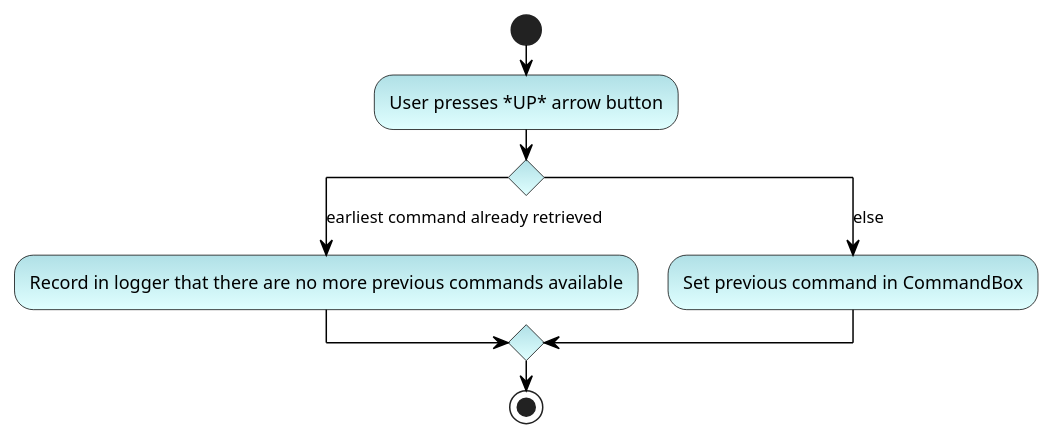
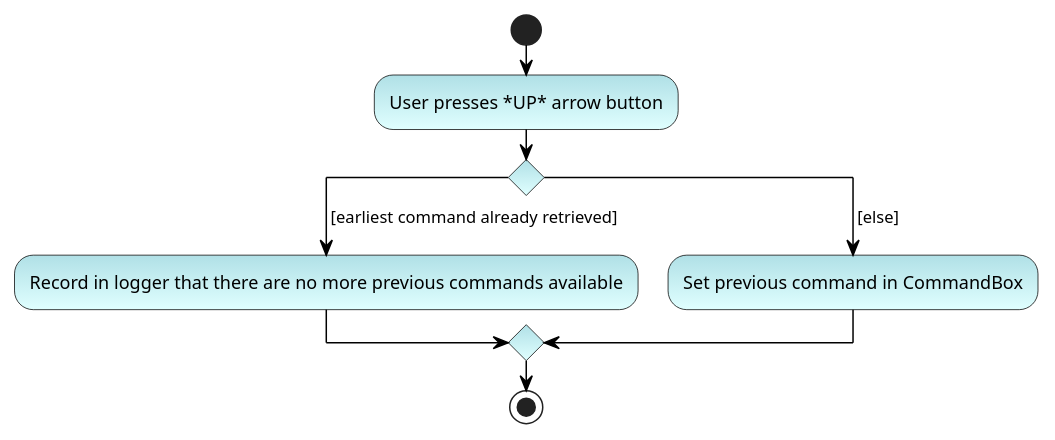
The diagram in docs/diagrams/UpButtonActivityDiagram.puml (vigneshsankariyer1234567890/tp), drawn with PlantUML before and after one commit. The commit also changed 8 other files, not shown here.

Commit message:
Edit Diagrams and add comments for integration test

```diff
--- a/docs/diagrams/UpButtonActivityDiagram.puml
+++ b/docs/diagrams/UpButtonActivityDiagram.puml
@@ -1,28 +1,28 @@
 @startuml
 
 skinparam ActivityBorderColor black
 skinparam ArrowColor black
 
 skinparam ActivityDiamondBorderColor black
 skinparam activityDiamondBackgroundColor pink-mistyrose
 
 skinparam activityBackgroundColor powderblue-lightcyan
 
 skinparam TitleFontColor grey
 
 start
 :User presses *UP* arrow button;
 
 'Since the beta syntax does not support placing the condition outside the
 'diamond we place it as the true branch instead.
 
 switch ()
-case (earliest command already retrieved)
+case ( [earliest command already retrieved])
     :Record in logger that there are no more previous commands available;
 
-case (else)
+case ( [else])
     :Set previous command in CommandBox;
 
 endswitch
 stop
 @enduml
```
